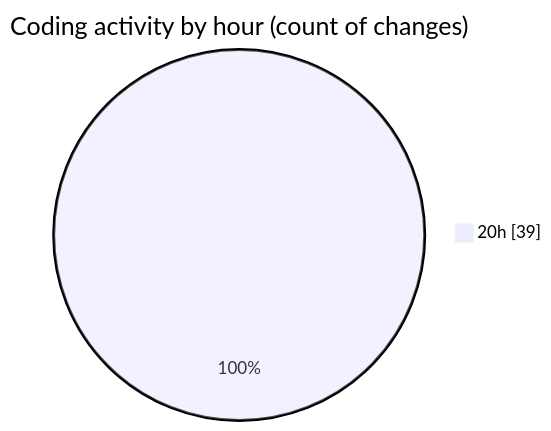
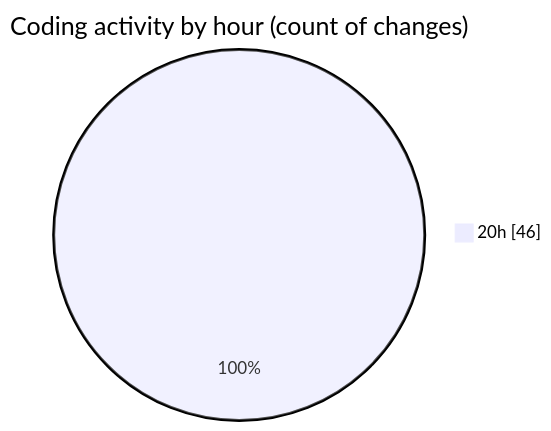
The second of 2 diagrams in 2025-07-19/mern-workoutboard/README.md (Ritupan-Deka/code-tracking), drawn with Mermaid before and after one commit. The commit also changed other lines of this file and 1 other file, not shown here.

````diff
--- a/2025-07-19/mern-workoutboard/README.md
+++ b/2025-07-19/mern-workoutboard/README.md
@@ -29,5 +29,5 @@
 ```mermaid
 pie showData
 title Coding activity by hour (count of changes)
-"20h" : 39
+"20h" : 46
 ```
````
